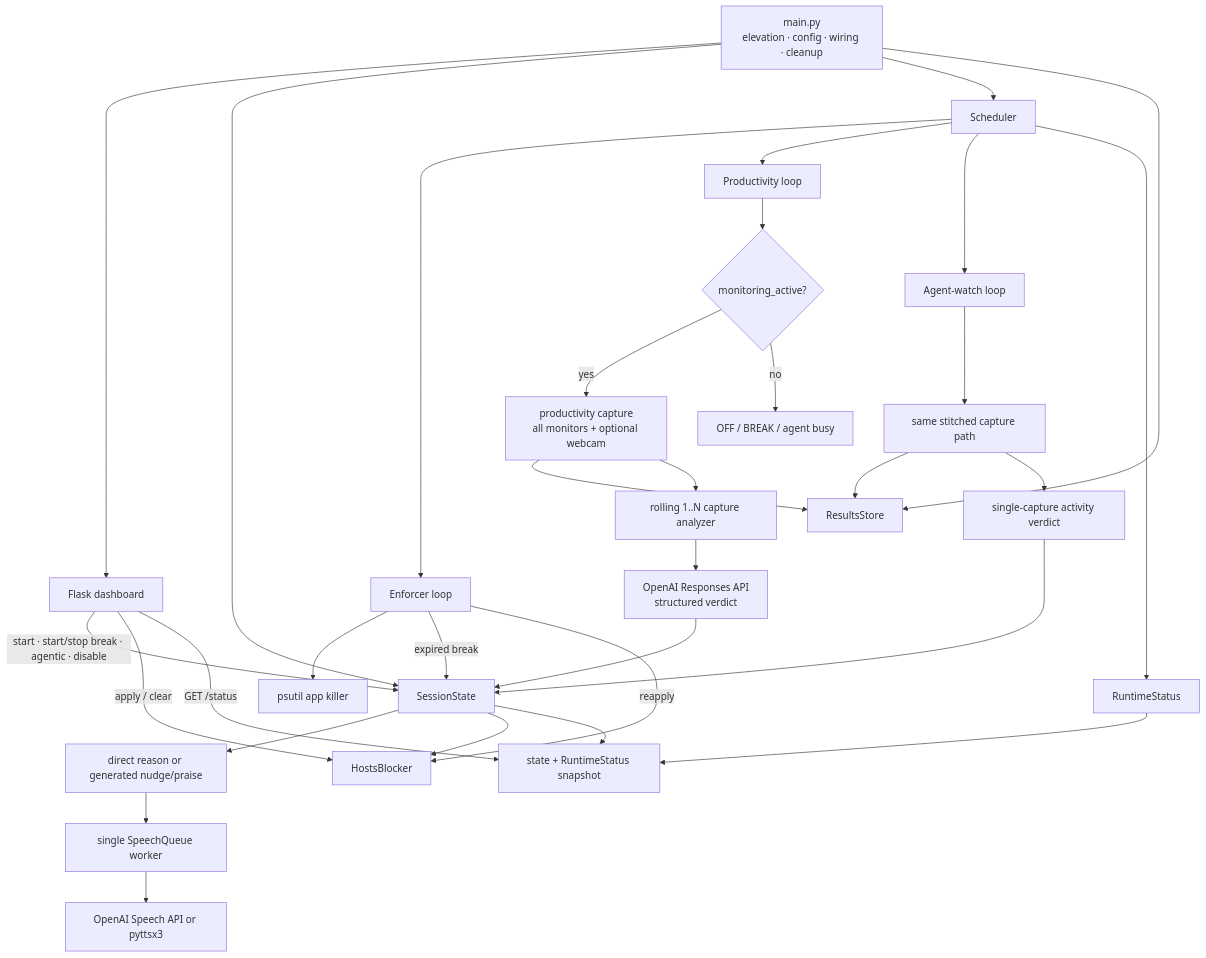
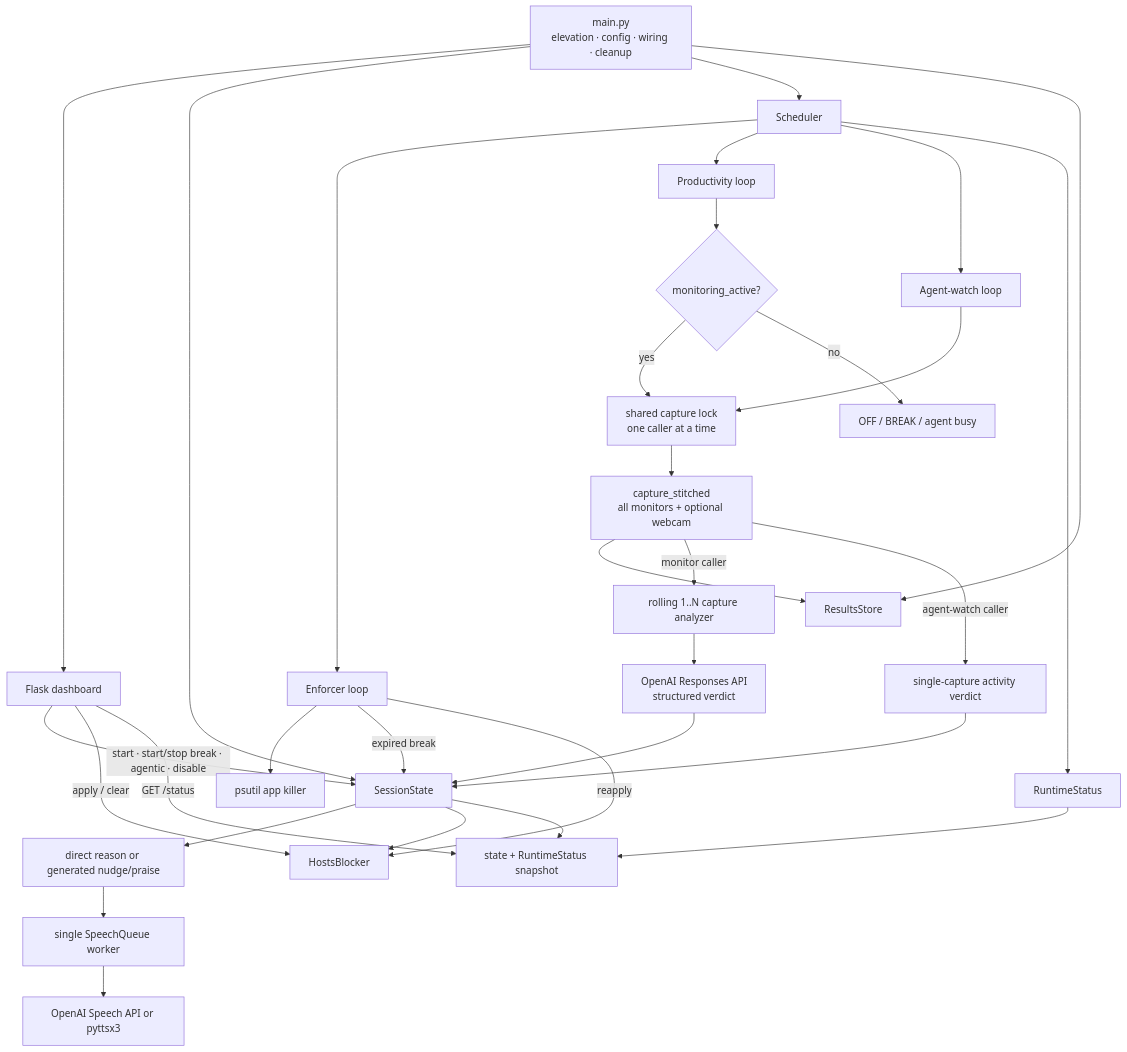
One commit to BurnyCoder/deep-work-jarvis-waifu-supervisor changed the diagram in README.md. Above: the diagram before and after it, drawn with Mermaid. The commit also changed other lines of this file, not shown here.

Commit message:
docs: show serialized capture architecture

````diff
--- a/README.md
+++ b/README.md
@@ -141,39 +141,39 @@
 ```mermaid
 flowchart TD
     Main["main.py<br/>elevation · config · wiring · cleanup"] --> UI["Flask dashboard"]
     Main --> State["SessionState"]
     Main --> Scheduler["Scheduler"]
     Main --> Store["ResultsStore"]
 
     UI -- "start · start/stop break · agentic · disable" --> State
     UI -- "apply / clear" --> Hosts["HostsBlocker"]
     UI -- "GET /status" --> Status["state + RuntimeStatus snapshot"]
 
     Scheduler --> Enforcer["Enforcer loop"]
     Enforcer --> AppKiller["psutil app killer"]
     Enforcer -- "expired break" --> State
     Enforcer -- "reapply" --> Hosts
 
     Scheduler --> Monitor["Productivity loop"]
     Monitor --> Gate{"monitoring_active?"}
-    Gate -- "yes" --> Capture["productivity capture<br/>all monitors + optional webcam"]
+    Gate -- "yes" --> CaptureLock["shared capture lock<br/>one caller at a time"]
     Gate -- "no" --> Paused["OFF / BREAK / agent busy"]
+    CaptureLock --> Capture["capture_stitched<br/>all monitors + optional webcam"]
     Capture --> Store
-    Capture --> Analyzer["rolling 1..N capture analyzer"]
+    Capture -- "monitor caller" --> Analyzer["rolling 1..N capture analyzer"]
     Analyzer --> Vision["OpenAI Responses API<br/>structured verdict"]
     Vision --> State
     State --> Feedback["direct reason or generated nudge/praise"]
     Feedback --> Speech["single SpeechQueue worker"]
     Speech --> TTS["OpenAI Speech API or pyttsx3"]
 
     Scheduler --> AgentWatch["Agent-watch loop"]
-    AgentWatch --> AgentCapture["same stitched capture path"]
-    AgentCapture --> Store
-    AgentCapture --> AgentVision["single-capture activity verdict"]
+    AgentWatch --> CaptureLock
+    Capture -- "agent-watch caller" --> AgentVision["single-capture activity verdict"]
     AgentVision --> State
     State --> Hosts
 
     Scheduler --> Runtime["RuntimeStatus"]
     Runtime --> Status
     State --> Status
 ```
````
